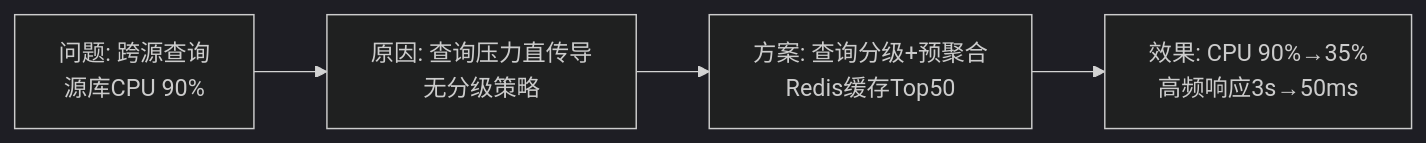
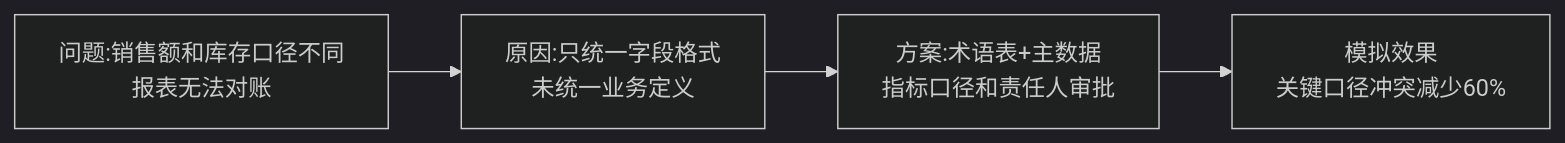
One commit to EdgarLQS/SoftwareArchitectureExamGuide changed the fourth of 4 diagrams in 02-论文专题/0002-多元异构数据集成/00-大纲记忆卡.md. Above: the diagram before and after it, drawn with Mermaid (dark theme). The commit also changed other lines of this file, not shown here.

````diff
--- a/02-论文专题/0002-多元异构数据集成/00-大纲记忆卡.md
+++ b/02-论文专题/0002-多元异构数据集成/00-大纲记忆卡.md
@@ -59,6 +115,6 @@
 ```mermaid
 flowchart LR
-    A["问题: 跨源查询<br/>源库CPU 90%"] --> B["原因: 查询压力直传导<br/>无分级策略"]
-    B --> C["方案: 查询分级+预聚合<br/>Redis缓存Top50"]
-    C --> D["效果: CPU 90%→35%<br/>高频响应3s→50ms"]
+    A["问题:销售额和库存口径不同<br/>报表无法对账"] --> B["原因:只统一字段格式<br/>未统一业务定义"]
+    B --> C["方案:术语表+主数据<br/>指标口径和责任人审批"]
+    C --> D["模拟效果<br/>关键口径冲突减少60%"]
 ```
````
